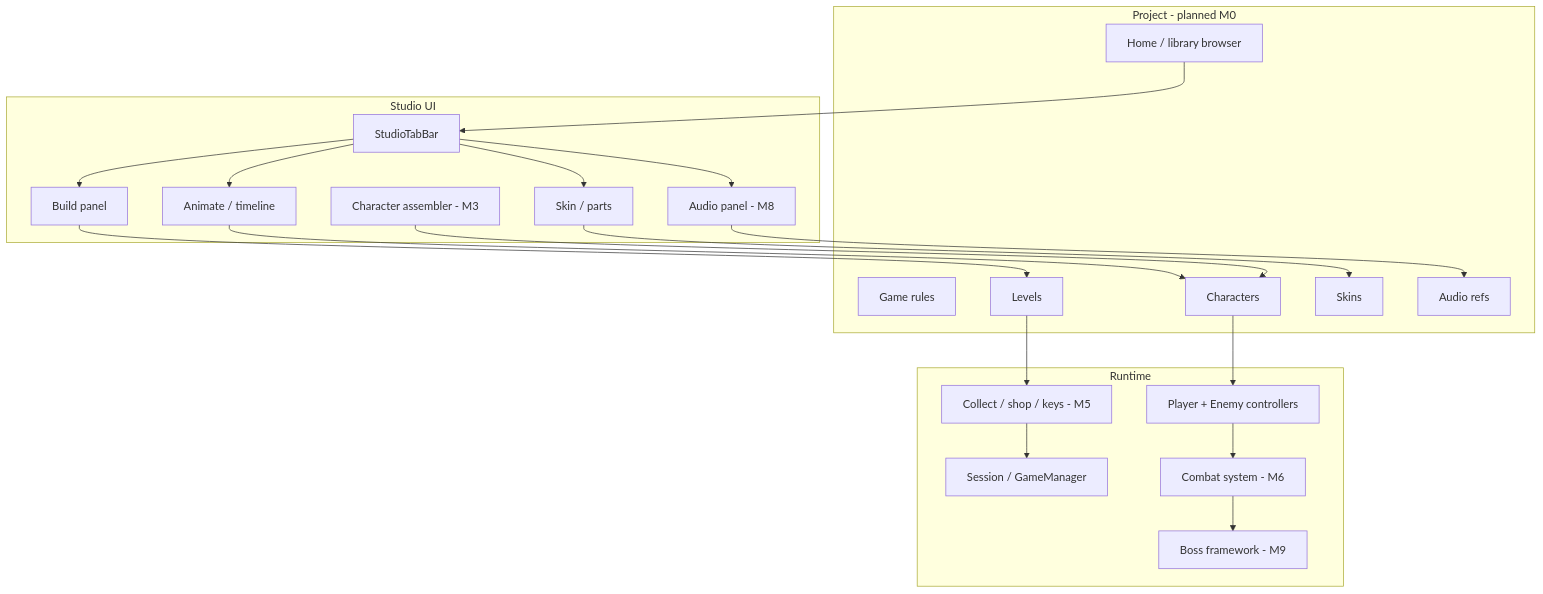
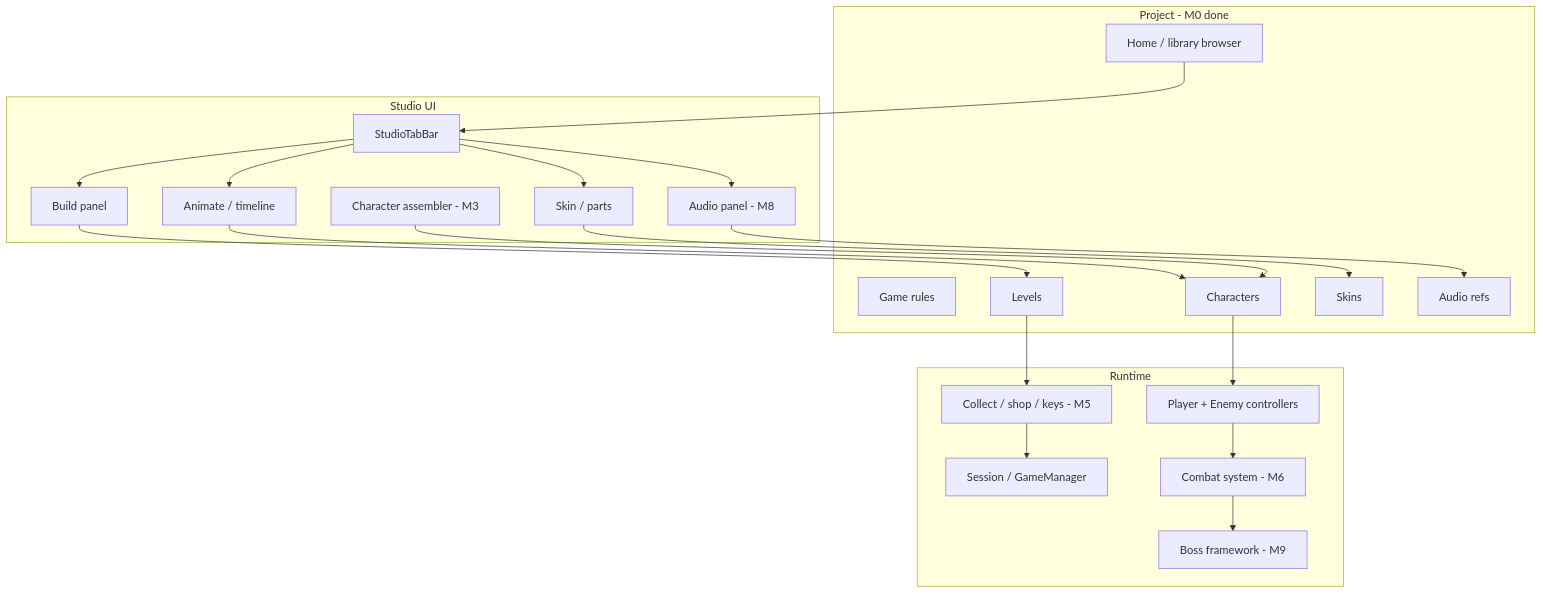
Before and after one commit to lupine-howl/masquerade: the first of 2 diagrams in docs/ARCHITECTURE.md, drawn with Mermaid. The commit also changed other lines of this file and 7 other files, not shown here.

````diff
--- a/docs/ARCHITECTURE.md
+++ b/docs/ARCHITECTURE.md
@@ -9,40 +9,40 @@
 ```mermaid
 flowchart TB
-  subgraph project [Project - planned M0]
+  subgraph project [Project - M0 done]
     Home[Home / library browser]
     Rules[Game rules]
     Levels[Levels]
     Chars[Characters]
     Skins[Skins]
     Audio[Audio refs]
   end
 
   subgraph studio [Studio UI]
     Tabs[StudioTabBar]
     SkinUI[Skin / parts]
     AnimUI[Animate / timeline]
     BuildUI[Build panel]
     AudioUI[Audio panel - M8]
     AsmUI[Character assembler - M3]
   end
 
   subgraph runtime [Runtime]
     GM[Session / GameManager]
     Controllers[Player + Enemy controllers]
     Combat[Combat system - M6]
     Loop[Collect / shop / keys - M5]
     Boss[Boss framework - M9]
   end
 
   Home --> Tabs
   Tabs --> SkinUI --> Skins
   Tabs --> AnimUI --> Chars
   Tabs --> BuildUI --> Levels
   Tabs --> AudioUI --> Audio
   AsmUI --> Chars
   Chars --> Controllers
   Levels --> Loop
   Controllers --> Combat
   Combat --> Boss
   Loop --> GM
 ```
````
